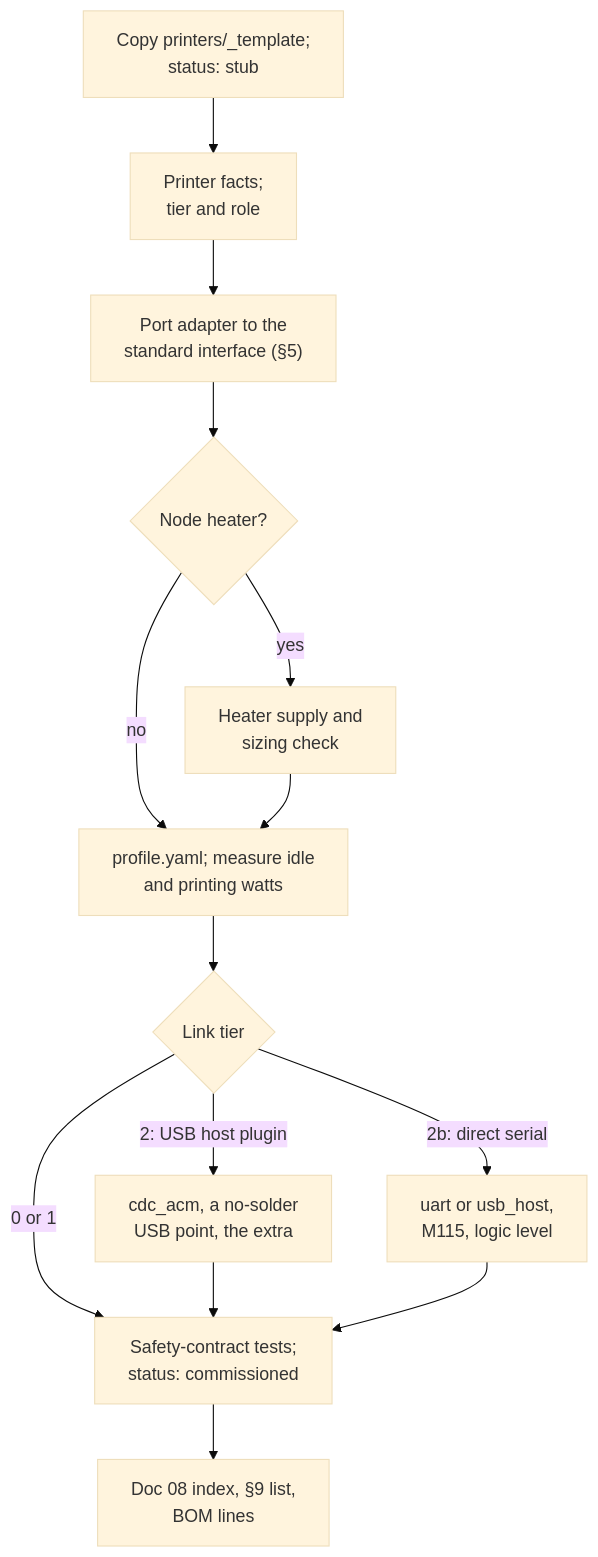
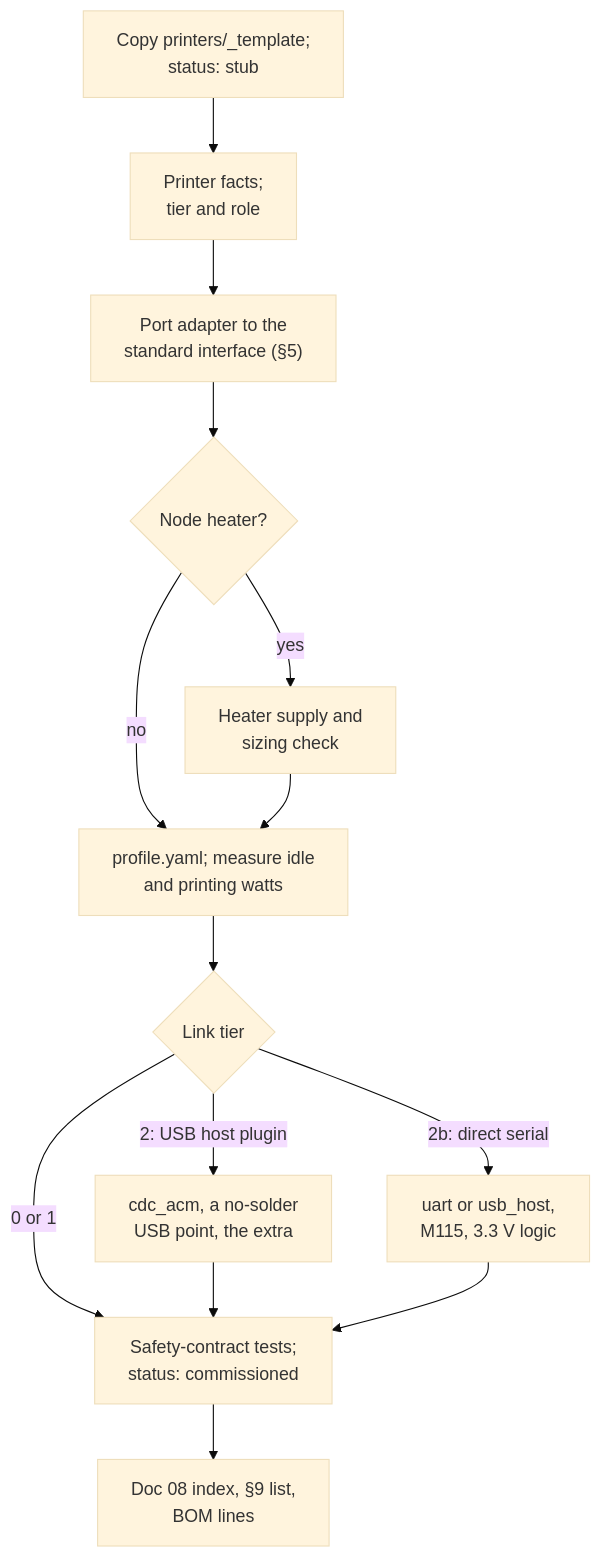
The fourth of 4 diagrams in docs/12_porting_guide.md (BashfulBits/3dp-fleet-exhaust), drawn with Mermaid (base theme) before and after one commit. The commit also changed other lines of this file and 3 other files, not shown here.

First line of the commit message:
D100: direct-serial printer link supports 3.3 V boards only

````diff
--- a/docs/12_porting_guide.md
+++ b/docs/12_porting_guide.md
@@ -232,16 +232,16 @@
 ```mermaid
 flowchart TD
   A["Copy printers/_template;<br>status: stub"] --> B["Printer facts;<br>tier and role"]
   B --> C["Port adapter to the<br>standard interface (§5)"]
   C --> D{"Node heater?"}
   D -->|"yes"| E["Heater supply and<br>sizing check"]
   D -->|"no"| F
   E --> F["profile.yaml; measure idle<br>and printing watts"]
   F --> G{"Link tier"}
   G -->|"2: USB host plugin"| H["cdc_acm, a no-solder<br>USB point, the extra"]
-  G -->|"2b: direct serial"| I["uart or usb_host,<br>M115, logic level"]
+  G -->|"2b: direct serial"| I["uart or usb_host,<br>M115, 3.3 V logic"]
   G -->|"0 or 1"| J
   H --> J["Safety-contract tests;<br>status: commissioned"]
   I --> J
   J --> K["Doc 08 index, §9 list,<br>BOM lines"]
 ```
````
